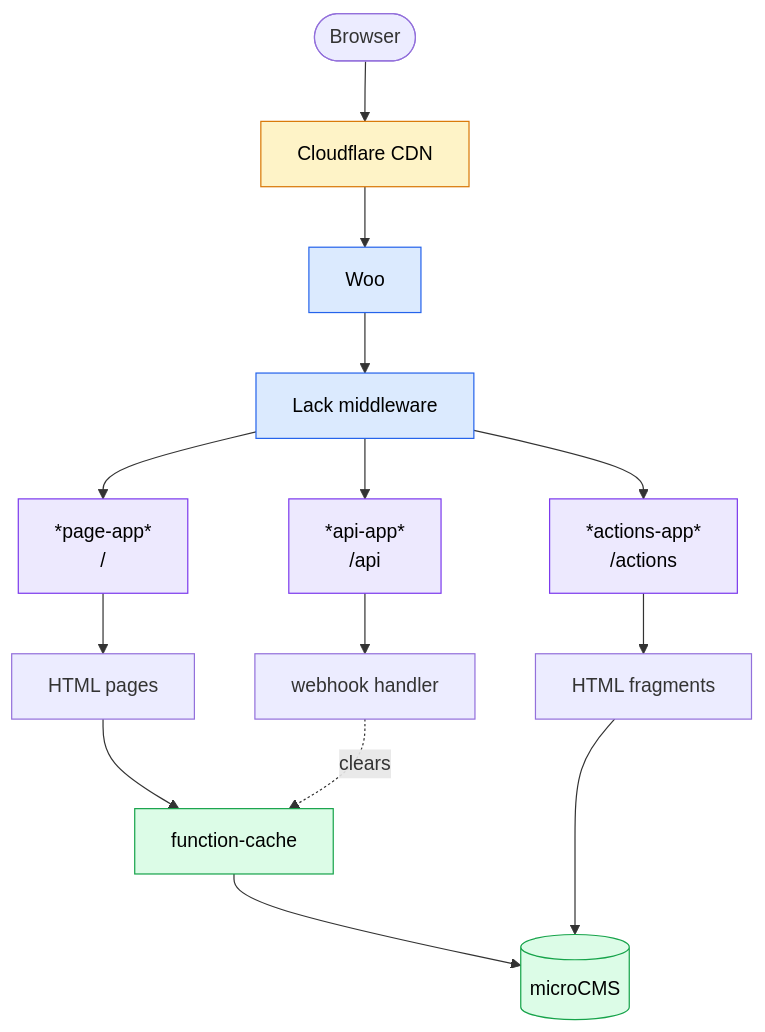
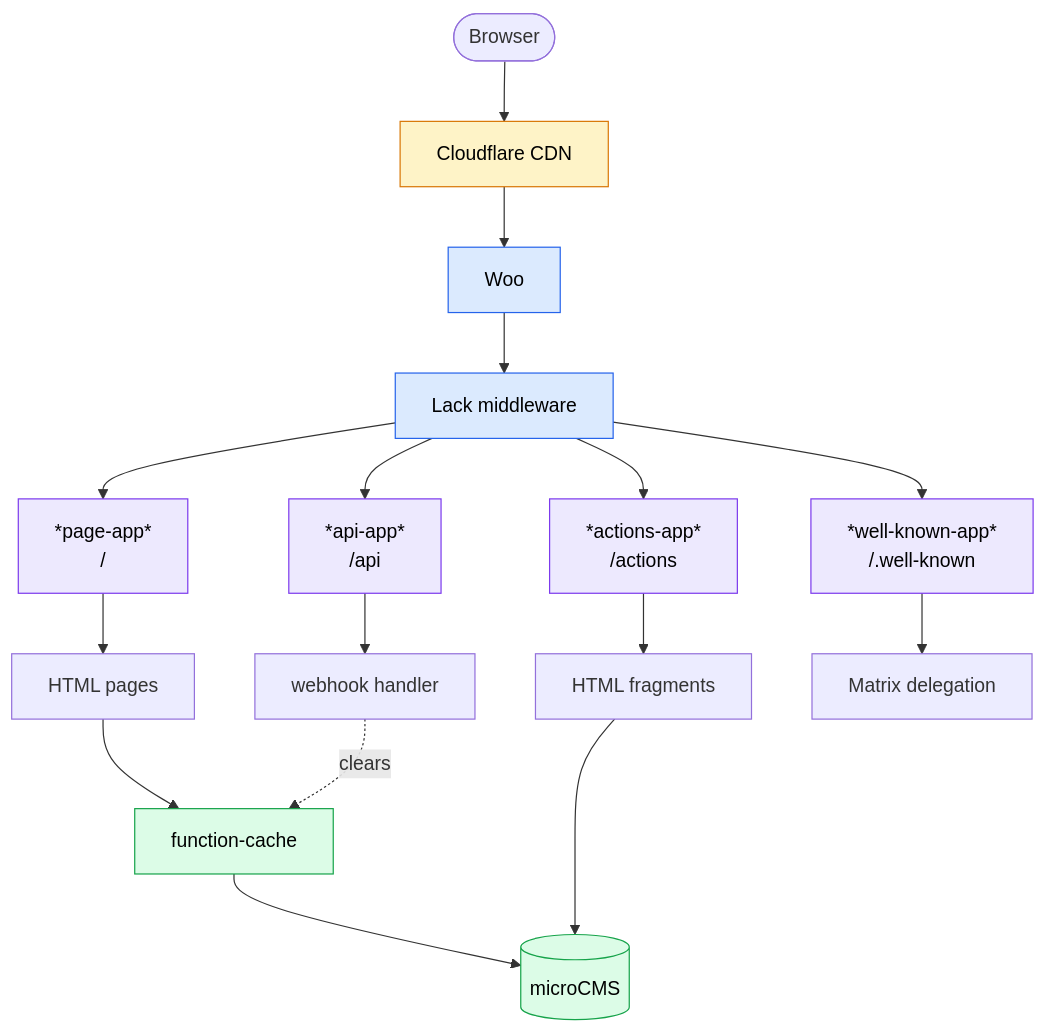
The diagram in README.md (skyizwhite/website), drawn with Mermaid before and after one commit. The commit also changed other lines of this file and 7 other files, not shown here.

First line of the commit message:
Serve Matrix well-known delegation and restore the contact link

````diff
--- a/README.md
+++ b/README.md
@@ -28,46 +28,49 @@
 ```mermaid
 flowchart TD
     Client([Browser])
 
     CDN[Cloudflare CDN]
 
     Woo[Woo]
     MW["Lack middleware"]
     Woo --> MW
 
     Page["#42;page-app#42;<br/>/"]
     Api["#42;api-app#42;<br/>/api"]
     Actions["#42;actions-app#42;<br/>/actions"]
+    WellKnown["#42;well-known-app#42;<br/>/.well-known"]
 
     Doc["HTML pages"]
     Revalidate["webhook handler"]
+    Delegation["Matrix delegation"]
     Def["HTML fragments"]
 
     Cache["function-cache"]
     Gap[" "]
     CMS[(microCMS)]
 
     Client --> CDN --> Woo
-    MW --> Page & Api & Actions
+    MW --> Page & Api & Actions & WellKnown
 
     Page --> Doc
     Api --> Revalidate
+    WellKnown --> Delegation
     Actions --> Def
 
     Doc --> Cache
     Revalidate -. clears .-> Cache
     Def --> CMS
     Cache --> CMS
     Def ~~~ Gap ~~~ CMS
 
     classDef edgeStyle fill:#fef3c7,stroke:#d97706,color:#000
     classDef serverStyle fill:#dbeafe,stroke:#2563eb,color:#000
     classDef appStyle fill:#ede9fe,stroke:#7c3aed,color:#000
     classDef dataStyle fill:#dcfce7,stroke:#16a34a,color:#000
 
     class CDN edgeStyle
     class Woo,MW serverStyle
-    class Page,Actions,Api appStyle
+    class Page,Actions,Api,WellKnown appStyle
     class Cache,CMS dataStyle
     style Gap fill:none,stroke:none
 ```
````
